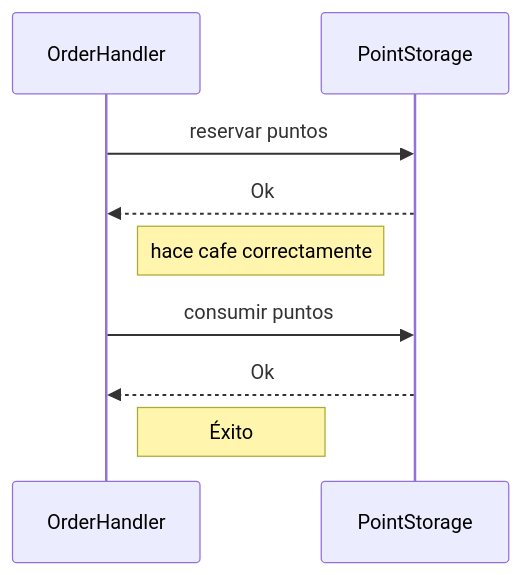
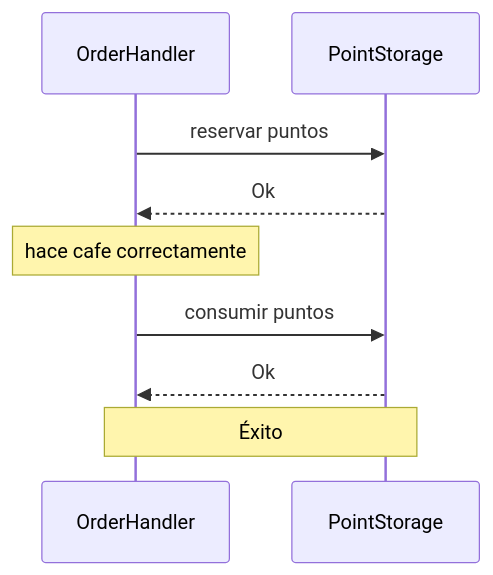
The third of 11 diagrams in README.md (FacuMastri/concurrentes-tp2), drawn with Mermaid before and after one commit. The commit also changed other lines of this file, not shown here.

````diff
--- a/README.md
+++ b/README.md
@@ -110,15 +112,15 @@
 ```mermaid
 sequenceDiagram
   participant oh as OrderHandler
   participant ps as PointStorage
 
   oh ->> ps: reservar puntos
   ps -->> oh: Ok
 
-  note right of oh: hace cafe correctamente
+  note over oh: hace cafe correctamente
 
   oh ->> ps: consumir puntos
   ps -->> oh: Ok
 
-  note right of oh: Éxito
+  note over oh,ps: Éxito
 ```
````
